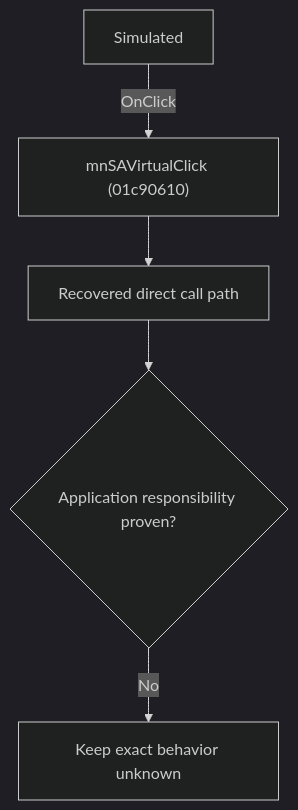
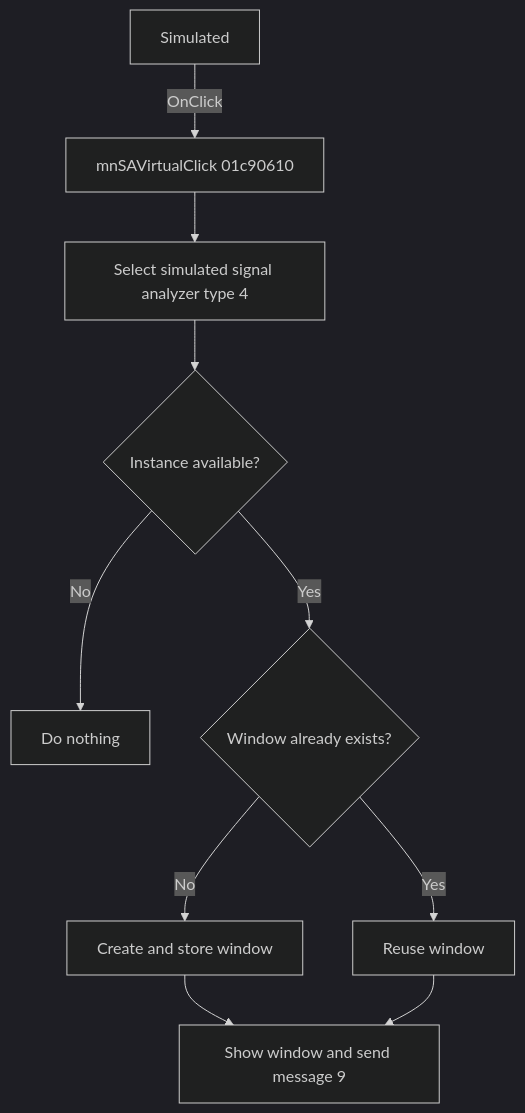
The diagram in docs/ui-controls/schematiceditor/mnsavirtual-fce9c49401.md (MovGP0/TIARA), drawn with Mermaid (dark theme) before and after one commit. The commit also changed other lines of this file and 241 other files, not shown here.

````diff
--- a/docs/ui-controls/schematiceditor/mnsavirtual-fce9c49401.md
+++ b/docs/ui-controls/schematiceditor/mnsavirtual-fce9c49401.md
@@ -27,7 +22,12 @@
 ```mermaid
 flowchart TD
-    control["Simulated"] -->|"OnClick"| handler["mnSAVirtualClick (01c90610)"]
-    handler --> recovered["Recovered direct call path"]
-    recovered --> gap{"Application responsibility proven?"}
-    gap -->|"No"| blocked["Keep exact behavior unknown"]
+    control["Simulated"] -->|"OnClick"| handler["mnSAVirtualClick 01c90610"]
+    handler --> coordinator["Select simulated signal analyzer type 4"]
+    coordinator --> available{"Instance available?"}
+    available -->|"No"| noOp["Do nothing"]
+    available -->|"Yes"| slot{"Window already exists?"}
+    slot -->|"No"| create["Create and store window"]
+    slot -->|"Yes"| reuse["Reuse window"]
+    create --> show["Show window and send message 9"]
+    reuse --> show
 ```
````
